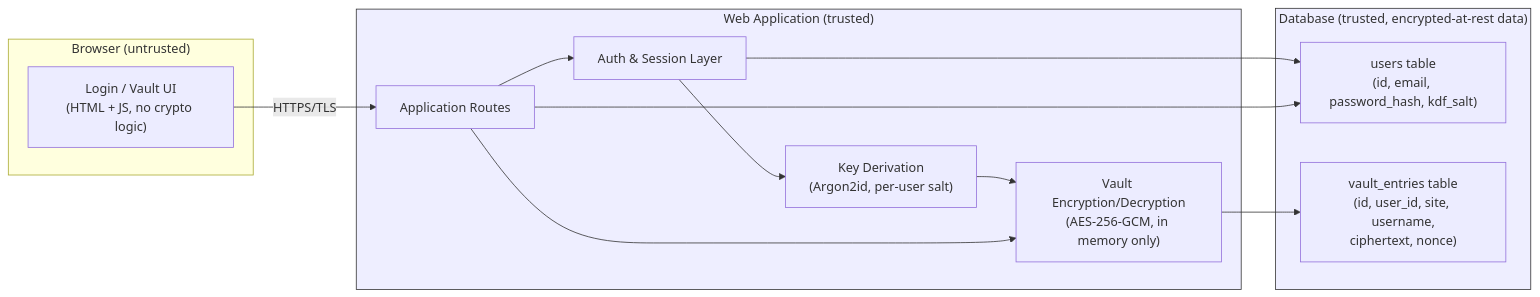
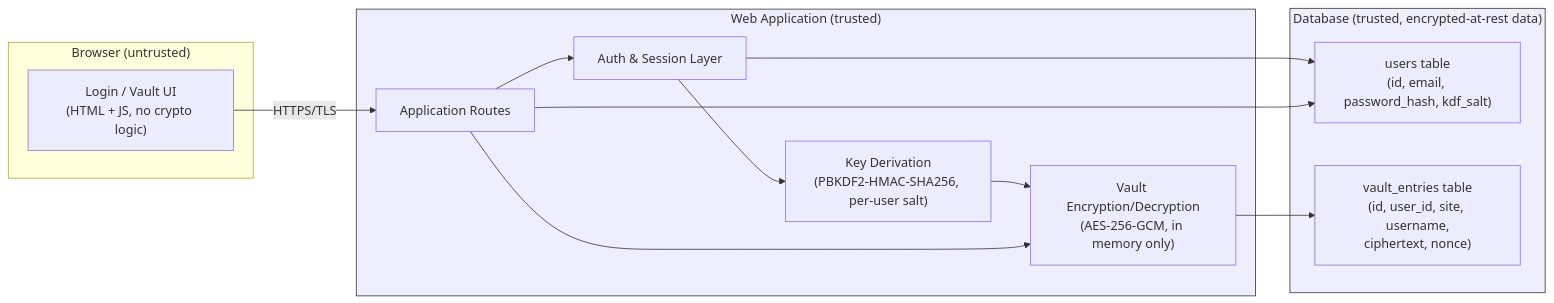
Before and after one commit to ell-0/Web_application_security: the diagram in docs/DESIGN.md, drawn with Mermaid. The commit also changed other lines of this file and 2 other files, not shown here.

Commit message:
Add working crypto.py (PBKDF2-SHA256 + AES-256-GCM) with self-test

````diff
--- a/docs/DESIGN.md
+++ b/docs/DESIGN.md
@@ -7,30 +7,30 @@
 ```mermaid
 flowchart LR
     subgraph Client["Browser (untrusted)"]
         UI["Login / Vault UI\n(HTML + JS, no crypto logic)"]
     end
 
     subgraph Server["Web Application (trusted)"]
         Auth["Auth & Session Layer"]
-        KDF["Key Derivation\n(Argon2id, per-user salt)"]
+        KDF["Key Derivation\n(PBKDF2-HMAC-SHA256, per-user salt)"]
         Crypto["Vault Encryption/Decryption\n(AES-256-GCM, in memory only)"]
         Routes["Application Routes"]
     end
 
     subgraph DB["Database (trusted, encrypted-at-rest data)"]
         Users["users table\n(id, email, password_hash, kdf_salt)"]
         Vault["vault_entries table\n(id, user_id, site, username,\nciphertext, nonce)"]
     end
 
     UI -- "HTTPS/TLS" --> Routes
     Routes --> Auth
     Auth --> KDF
     KDF --> Crypto
     Routes --> Crypto
     Crypto --> Vault
     Auth --> Users
     Routes --> Users
 
     classDef trust fill:#eef,stroke:#333;
     class Server,DB trust;
 ```
````
